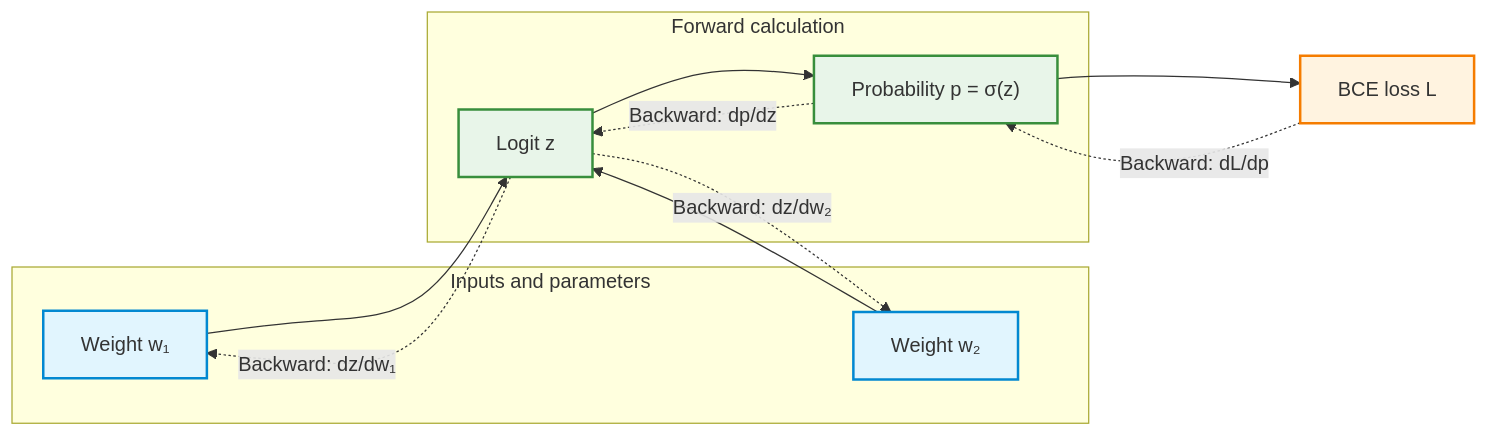
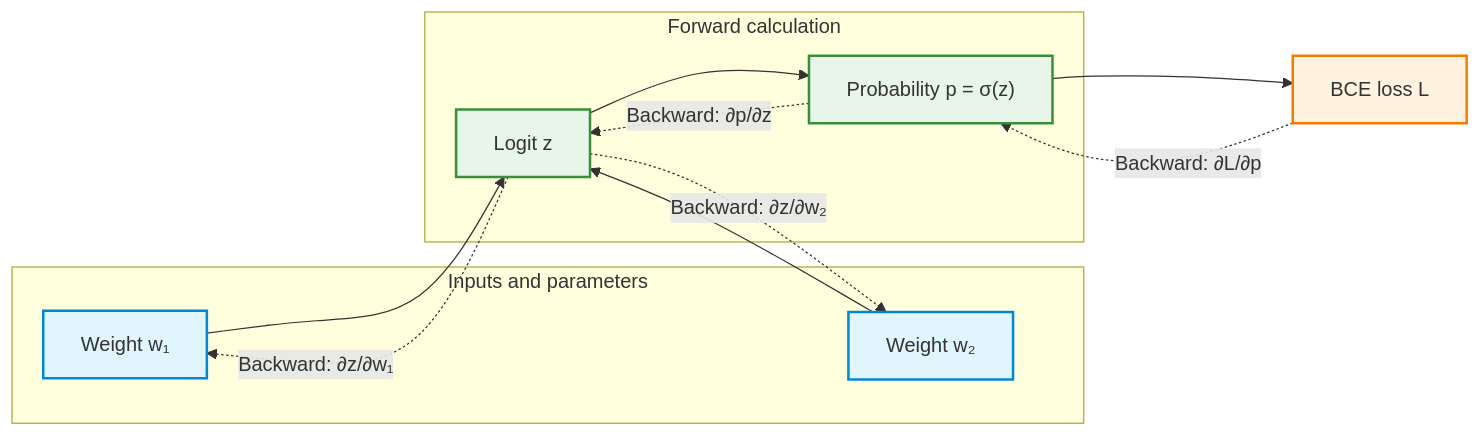
The third of 4 diagrams in material/demo2.md (AI-Learning-Repo/Neural-Networks), drawn with Mermaid before and after one commit.

````diff
--- a/material/demo2.md
+++ b/material/demo2.md
@@ -479,25 +479,26 @@
 ```mermaid
 flowchart LR
     classDef input fill:#e1f5fe,stroke:#0288d1,stroke-width:2px;
     classDef output fill:#e8f5e9,stroke:#388e3c,stroke-width:2px;
     classDef loss fill:#fff3e0,stroke:#f57c00,stroke-width:2px;
 
     subgraph Input_Layer ["Inputs and parameters"]
         W1["Weight w₁"]:::input
         W2["Weight w₂"]:::input
     end
 
     subgraph Output_Layer ["Forward calculation"]
         Z["Logit z"]:::output
         P["Probability p = σ(z)"]:::output
         Z --> P
     end
 
     W1 --> Z
     W2 --> Z
     P --> L["BCE loss L"]:::loss
-    L -. "Backward: dL/dp" .-> P
-    P -. "Backward: dp/dz" .-> Z
-    Z -. "Backward: dz/dw₁" .-> W1
-    Z -. "Backward: dz/dw₂" .-> W2
+
+    L -.->|"Backward: ∂L/∂p"| P
+    P -.->|"Backward: ∂p/∂z"| Z
+    Z -.->|"Backward: ∂z/∂w₁"| W1
+    Z -.->|"Backward: ∂z/∂w₂"| W2
 ```
````
